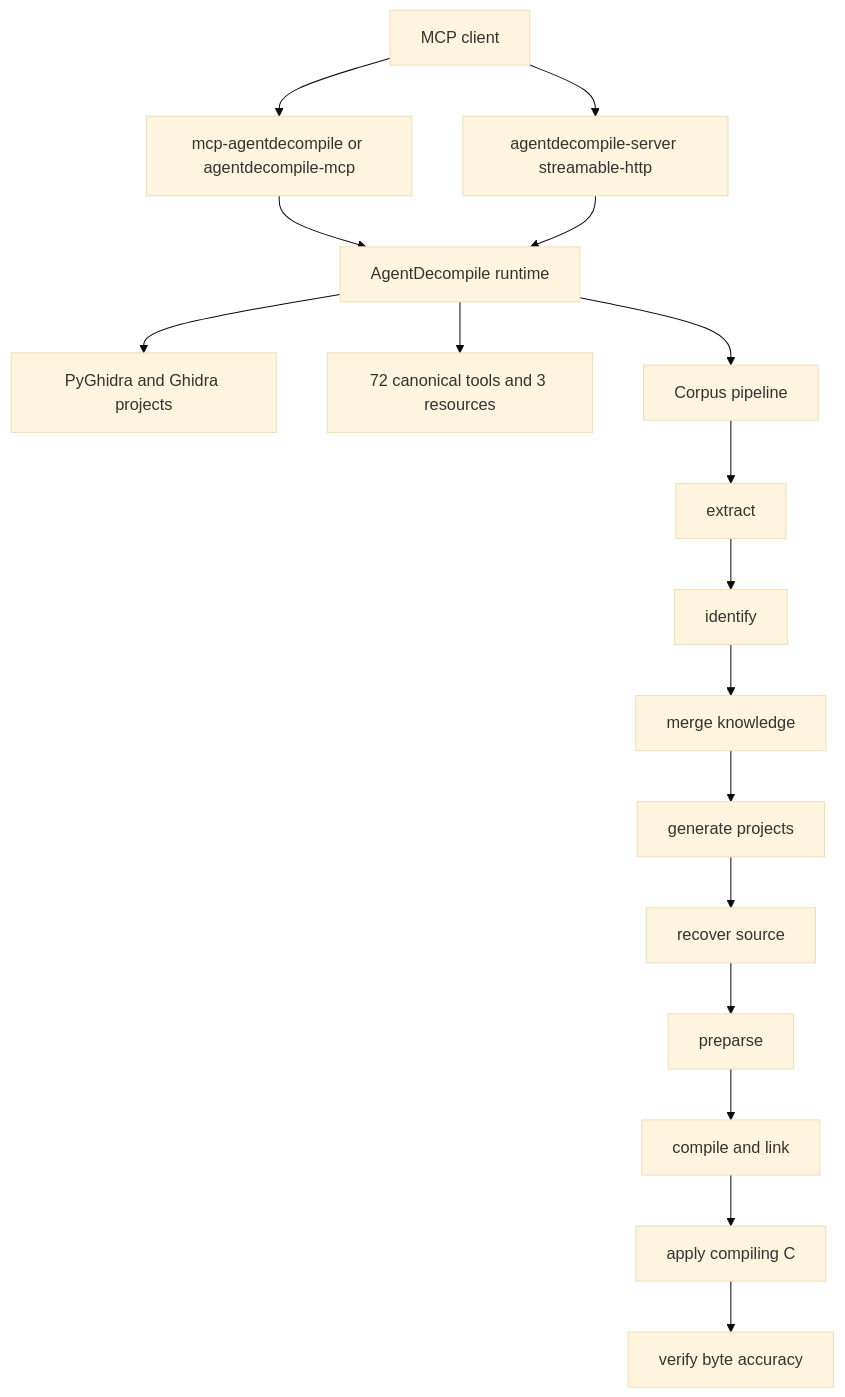
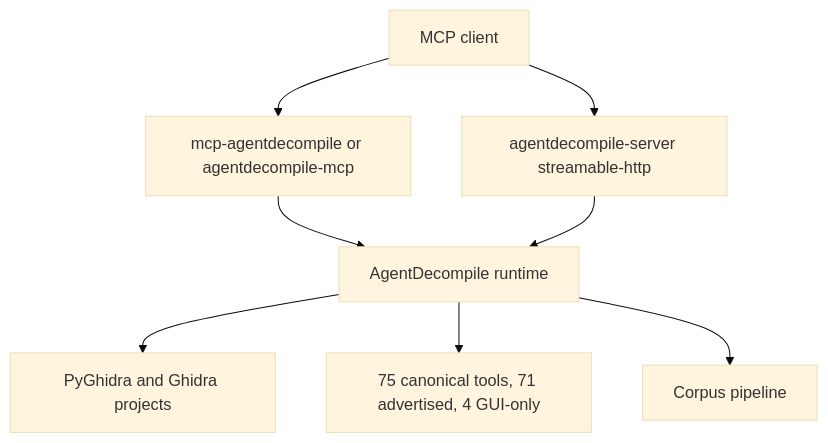
Before and after one commit to bolabaden/AgentDecompile: the diagram in README.md, drawn with Mermaid (base theme). The commit also changed other lines of this file and 518 other files, not shown here.

````diff
--- a/README.md
+++ b/README.md
@@ -11,19 +11,10 @@
 ```mermaid
 flowchart TD
   A[MCP client] --> B[mcp-agentdecompile or agentdecompile-mcp]
   A --> C[agentdecompile-server streamable-http]
   B --> D[AgentDecompile runtime]
   C --> D
   D --> E[PyGhidra and Ghidra projects]
-  D --> F[72 canonical tools and 3 resources]
+  D --> F[75 canonical tools, 71 advertised, 4 GUI-only]
   D --> G[Corpus pipeline]
-  G --> H[extract]
-  H --> I[identify]
-  I --> J[merge knowledge]
-  J --> K[generate projects]
-  K --> L[recover source]
-  L --> P[preparse]
-  P --> N[compile and link]
-  N --> M[apply compiling C]
-  M --> O[verify byte accuracy]
 ```
````
